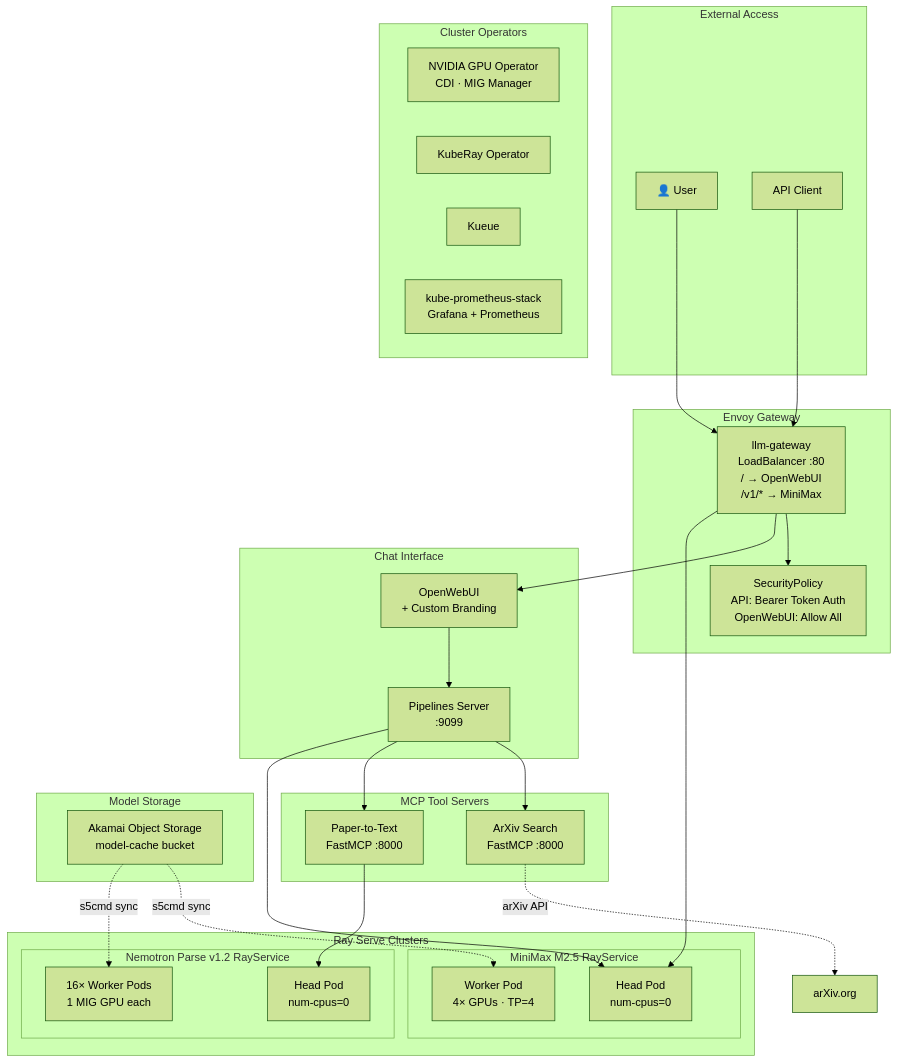
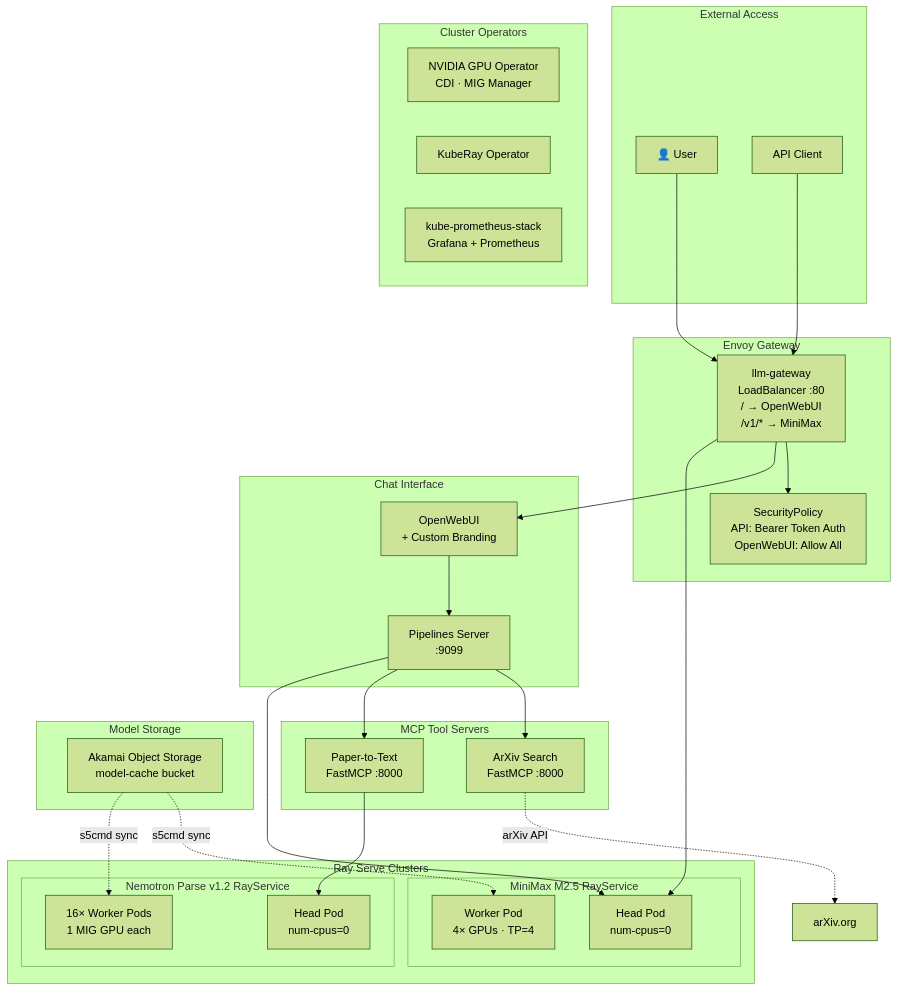
Before and after one commit to akamai-developers/multimodal-kuberay: the first of 3 diagrams in README.md, drawn with Mermaid (forest theme). The commit also changed other lines of this file and 3 other files, not shown here.

````diff
--- a/README.md
+++ b/README.md
@@ -36,58 +36,57 @@
 ```mermaid
 graph TB
     subgraph External["External Access"]
         User["👤 User"]
         API["API Client"]
     end
 
     subgraph Gateway["Envoy Gateway"]
         GW["llm-gateway<br/>LoadBalancer :80<br/>/ → OpenWebUI<br/>/v1/* → MiniMax"]
         Auth["SecurityPolicy<br/>API: Bearer Token Auth<br/>OpenWebUI: Allow All"]
         GW --> Auth
     end
 
     subgraph UI["Chat Interface"]
         WebUI["OpenWebUI<br/>+ Custom Branding"]
         Pipelines["Pipelines Server<br/>:9099"]
         WebUI --> Pipelines
     end
 
     subgraph MCP["MCP Tool Servers"]
         ArXiv["ArXiv Search<br/>FastMCP :8000"]
         PaperOCR["Paper-to-Text<br/>FastMCP :8000"]
     end
 
     subgraph Ray["Ray Serve Clusters"]
         subgraph MiniMaxCluster["MiniMax M2.5 RayService"]
             MMHead["Head Pod<br/>num-cpus=0"]
             MMWorker["Worker Pod<br/>4× GPUs · TP=4"]
         end
         subgraph NemotronCluster["Nemotron Parse v1.2 RayService"]
             NPHead["Head Pod<br/>num-cpus=0"]
             NPWorkers["16× Worker Pods<br/>1 MIG GPU each"]
         end
     end
 
     subgraph Operators["Cluster Operators"]
         GPUOp["NVIDIA GPU Operator<br/>CDI · MIG Manager"]
         KubeRay["KubeRay Operator"]
-        Kueue["Kueue"]
         Prom["kube-prometheus-stack<br/>Grafana + Prometheus"]
     end
 
     subgraph Storage["Model Storage"]
         ObjStore["Akamai Object Storage<br/>model-cache bucket"]
     end
 
     User --> GW
     API --> GW
     GW --> WebUI
     GW --> MMHead
     Pipelines --> ArXiv
     Pipelines --> PaperOCR
     PaperOCR --> NPHead
     Pipelines --> MMHead
     ArXiv -.->|"arXiv API"| ExternalArXiv["arXiv.org"]
     ObjStore -.->|"s5cmd sync"| MMWorker
     ObjStore -.->|"s5cmd sync"| NPWorkers
 ```
````
